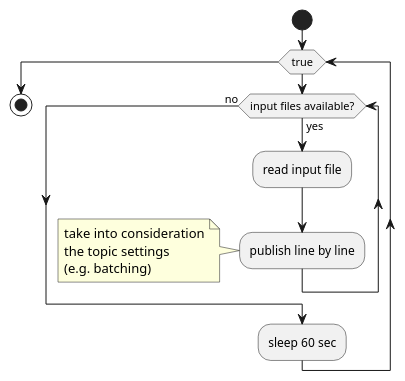
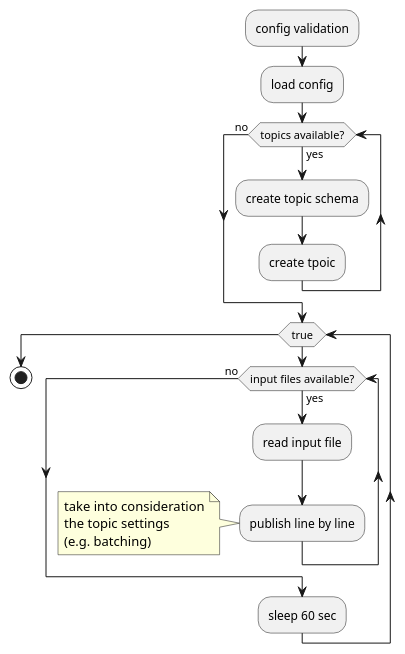
Before and after one commit to motazalratta/de-assessments: the diagram in Phase1/ActivityDiagram.iuml, drawn with PlantUML.

```diff
--- a/Phase1/ActivityDiagram.iuml
+++ b/Phase1/ActivityDiagram.iuml
@@ -1,16 +1,23 @@
 @startuml
-start
+    :config validation;
+    :load config;
+
+    while (topics available?) is (yes)
+      :create topic schema;
+      :create tpoic;
+    endwhile (no)
+
     while (true)
         while (input files available?) is (yes)
           :read input file;
           :publish line by line;
-note left
-take into consideration
-the topic settings 
-(e.g. batching)
-end note
+            note left
+            take into consideration
+            the topic settings 
+            (e.g. batching)
+            end note
         endwhile (no)
         :sleep 60 sec;
     endwhile
-stop
+    stop
 @enduml
```
